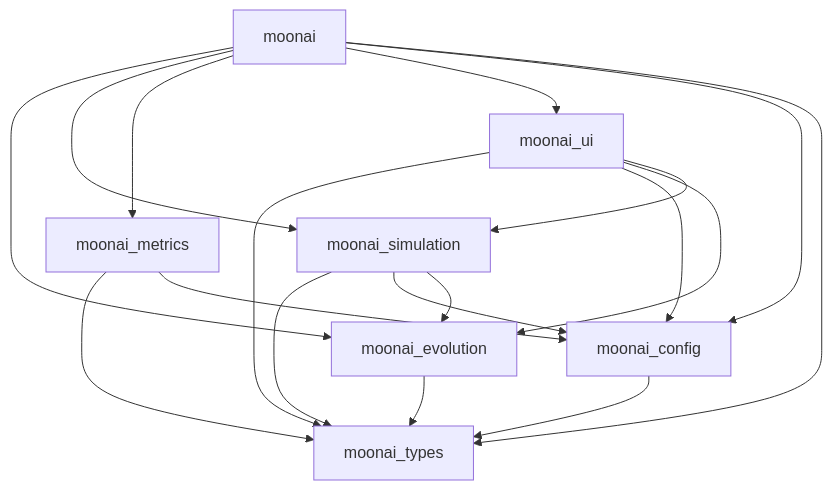
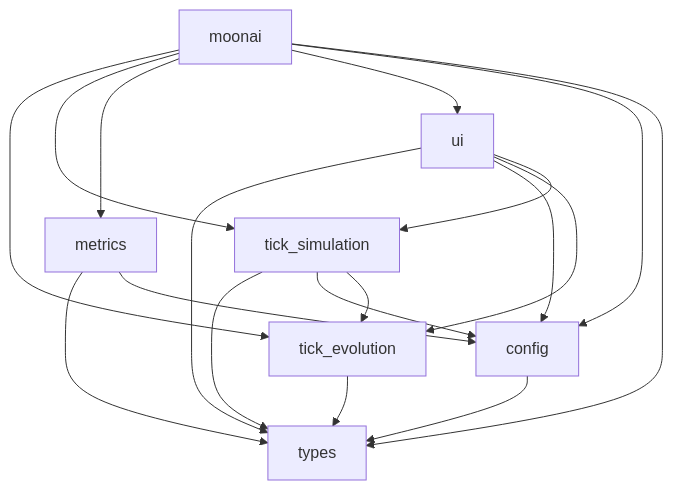
The first of 4 diagrams in docs/internals/roadmap.md (moon-aii/moonai), drawn with Mermaid before and after one commit. The commit also changed other lines of this file and 81 other files, not shown here.

````diff
--- a/docs/internals/roadmap.md
+++ b/docs/internals/roadmap.md
@@ -13,28 +17,28 @@
 ```mermaid
 graph TD
     moonai
-    moonai_config
-    moonai_types
-    moonai_evolution
-    moonai_simulation
-    moonai_metrics
-    moonai_ui
+    config
+    types
+    tick_evolution
+    tick_simulation
+    metrics
+    ui
 
-    moonai_config --> moonai_types
-    moonai_evolution --> moonai_types
-    moonai_simulation --> moonai_types
-    moonai_simulation --> moonai_config
-    moonai_simulation --> moonai_evolution
-    moonai_metrics --> moonai_types
-    moonai_metrics --> moonai_config
-    moonai_ui --> moonai_types
-    moonai_ui --> moonai_config
-    moonai_ui --> moonai_evolution
-    moonai_ui --> moonai_simulation
-    moonai --> moonai_evolution
-    moonai --> moonai_simulation
-    moonai --> moonai_metrics
-    moonai --> moonai_ui
-    moonai --> moonai_config
-    moonai --> moonai_types
+    config --> types
+    tick_evolution --> types
+    tick_simulation --> types
+    tick_simulation --> config
+    tick_simulation --> tick_evolution
+    metrics --> types
+    metrics --> config
+    ui --> types
+    ui --> config
+    ui --> tick_evolution
+    ui --> tick_simulation
+    moonai --> tick_evolution
+    moonai --> tick_simulation
+    moonai --> metrics
+    moonai --> ui
+    moonai --> config
+    moonai --> types
 ```
````
